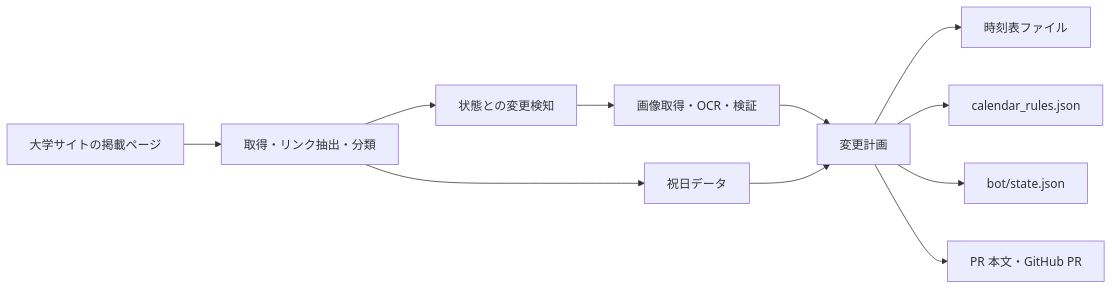
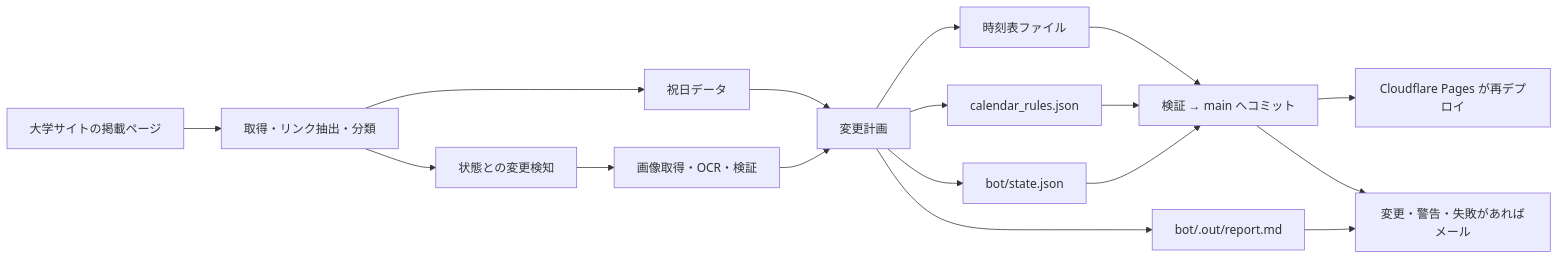
The diagram in docs/backend-bot.md (motegi485/campus-bus-navi), drawn with Mermaid before and after one commit. The commit also changed other lines of this file and 5 other files, not shown here.

Commit message:
update: document the automatic apply flow and the human setup steps

````diff
--- a/docs/backend-bot.md
+++ b/docs/backend-bot.md
@@ -11,13 +15,19 @@
 ```mermaid
 flowchart LR
   Page[大学サイトの掲載ページ] --> Extract[取得・リンク抽出・分類]
   Extract --> Holidays[祝日データ]
   Extract --> Detect[状態との変更検知]
   Detect --> OCR[画像取得・OCR・検証]
   OCR --> Plan[変更計画]
   Holidays --> Plan
   Plan --> Files[時刻表ファイル]
   Plan --> Calendar[calendar_rules.json]
   Plan --> State[bot/state.json]
-  Plan --> PR[PR 本文・GitHub PR]
+  Plan --> Report[bot/.out/report.md]
+  Files --> Apply[検証 → main へコミット]
+  Calendar --> Apply
+  State --> Apply
+  Apply --> Deploy[Cloudflare Pages が再デプロイ]
+  Report --> Mail[変更・警告・失敗があればメール]
+  Apply --> Mail
 ```
````
